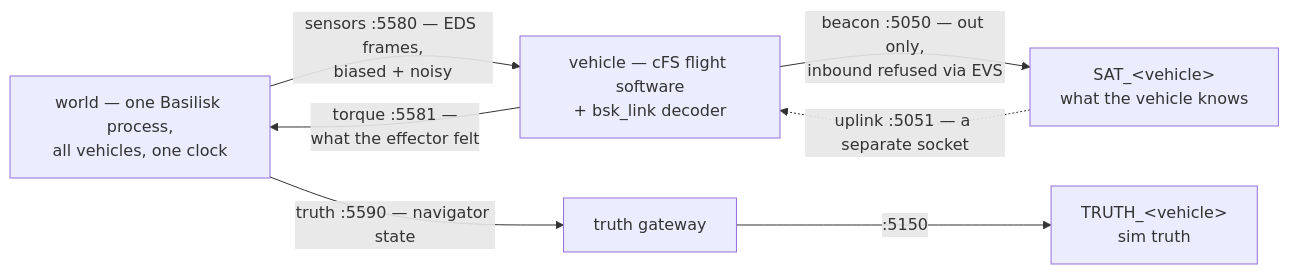
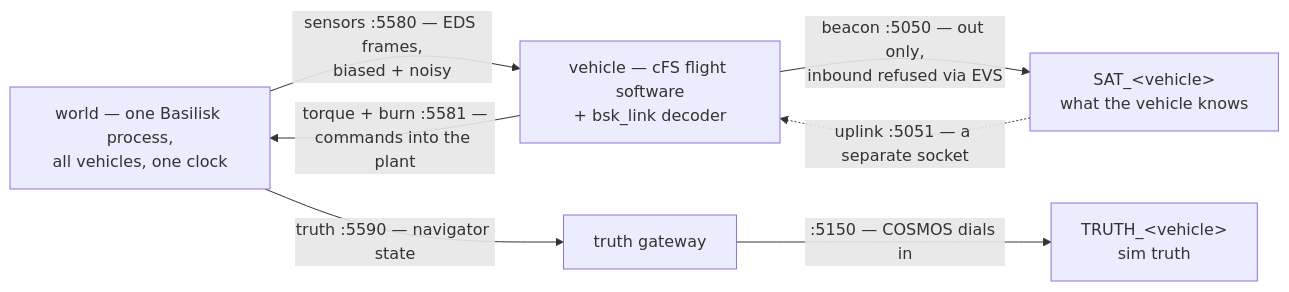
The diagram in README.md (stephen-ritter/orrery), drawn with Mermaid before and after one commit. The commit also changed other lines of this file, not shown here.

````diff
--- a/README.md
+++ b/README.md
@@ -120,13 +132,13 @@
 ```mermaid
 flowchart LR
   WORLD["world — one Basilisk process,<br/>all vehicles, one clock"]
   VEH["vehicle — cFS flight software<br/>+ bsk_link decoder"]
   SAT["SAT_&lt;vehicle&gt;<br/>what the vehicle knows"]
   GW["truth gateway"]
   TRT["TRUTH_&lt;vehicle&gt;<br/>sim truth"]
   WORLD -- "sensors :5580 — EDS frames,<br/>biased + noisy" --> VEH
-  VEH -- "torque :5581 —<br/>what the effector felt" --> WORLD
+  VEH -- "torque + burn :5581 —<br/>commands into the plant" --> WORLD
   VEH -- "beacon :5050 — out only,<br/>inbound refused via EVS" --> SAT
   SAT -. "uplink :5051 — a separate socket" .-> VEH
-  WORLD -- "truth :5590 — navigator state" --> GW -- ":5150" --> TRT
+  WORLD -- "truth :5590 — navigator state" --> GW -- ":5150 — COSMOS dials in" --> TRT
 ```
````
